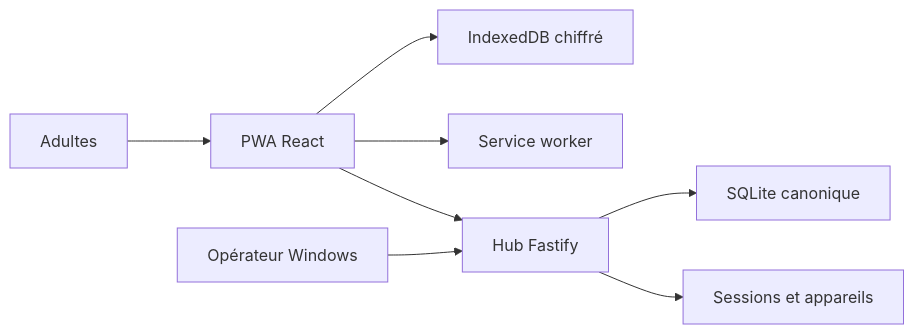
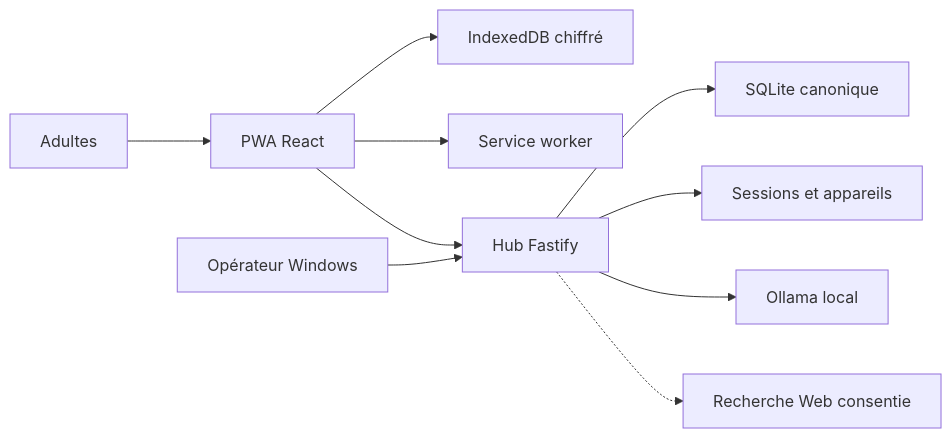
One commit to Sharpsou/friday changed the diagram in docs/friday-threat-model.md. Above: the diagram before and after it, drawn with Mermaid. The commit also changed other lines of this file and 11 other files, not shown here.

````diff
--- a/docs/friday-threat-model.md
+++ b/docs/friday-threat-model.md
@@ -54,10 +58,12 @@
 ```mermaid
 flowchart LR
     U["Adultes"] --> W["PWA React"]
     W --> I["IndexedDB chiffré"]
     W --> S["Service worker"]
     W --> H["Hub Fastify"]
     H --> D["SQLite canonique"]
     H --> A["Sessions et appareils"]
+    H --> L["Ollama local"]
+    H -.-> R["Recherche Web consentie"]
     O["Opérateur Windows"] --> H
 ```
````
